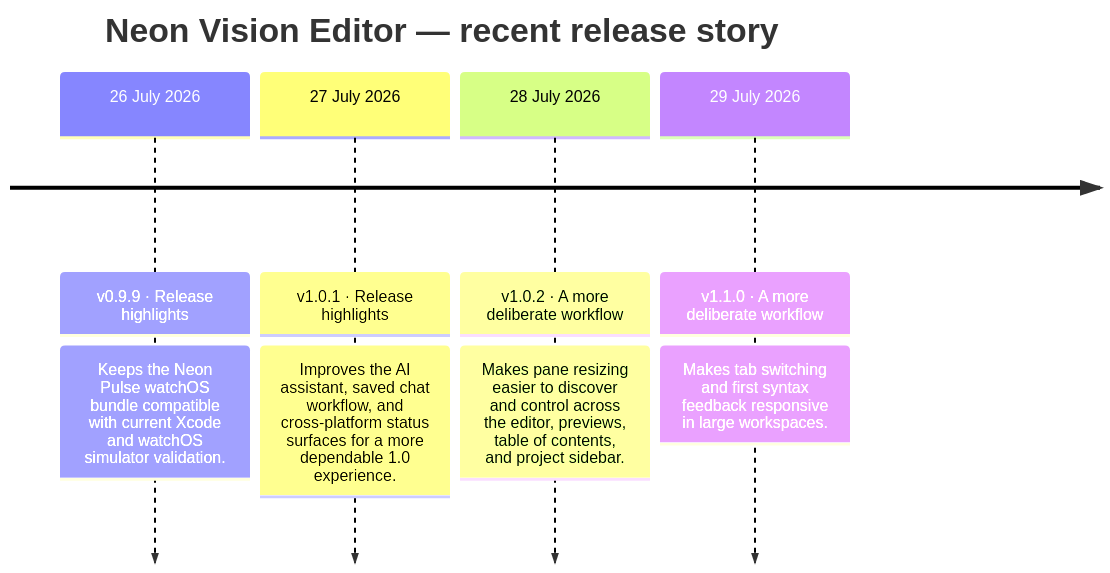
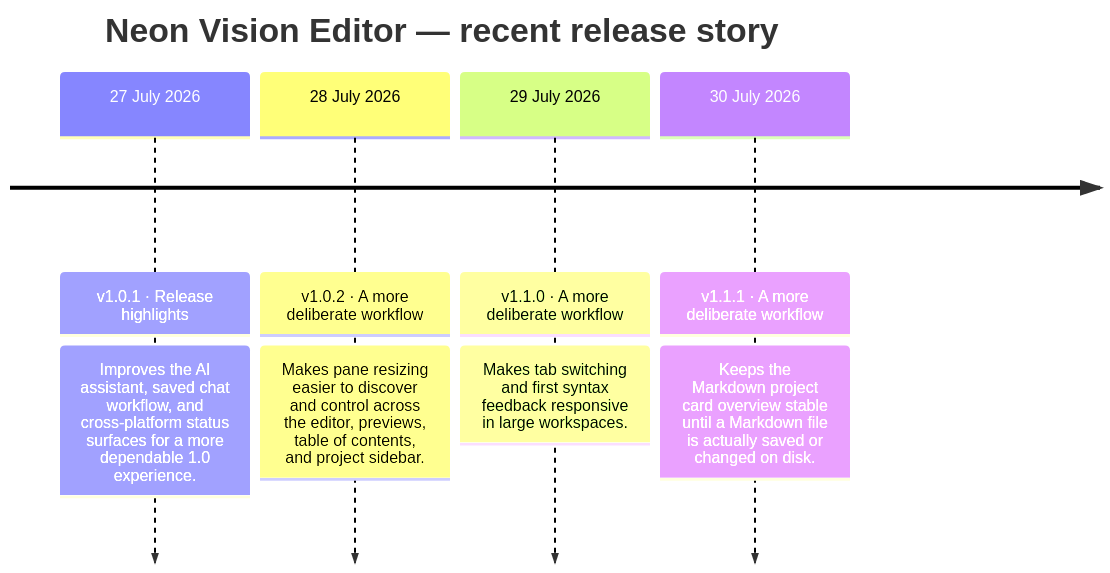
The second of 2 diagrams in README.md (h3pdesign/Neon-Vision-Editor), drawn with Mermaid before and after one commit. The commit also changed other lines of this file and 3 other files, not shown here.

````diff
--- a/README.md
+++ b/README.md
@@ -757,12 +765,12 @@
 ```mermaid
 timeline
     title Neon Vision Editor — recent release story
-    26 July 2026 : v0.9.9 · Release highlights
-                : Keeps the Neon Pulse watchOS bundle compatible with current Xcode and watchOS simulator validation.
     27 July 2026 : v1.0.1 · Release highlights
                 : Improves the AI assistant, saved chat workflow, and cross-platform status surfaces for a more dependable 1.0 experience.
     28 July 2026 : v1.0.2 · A more deliberate workflow
                 : Makes pane resizing easier to discover and control across the editor, previews, table of contents, and project sidebar.
     29 July 2026 : v1.1.0 · A more deliberate workflow
                 : Makes tab switching and first syntax feedback responsive in large workspaces.
+    30 July 2026 : v1.1.1 · A more deliberate workflow
+                : Keeps the Markdown project card overview stable until a Markdown file is actually saved or changed on disk.
 ```
````
